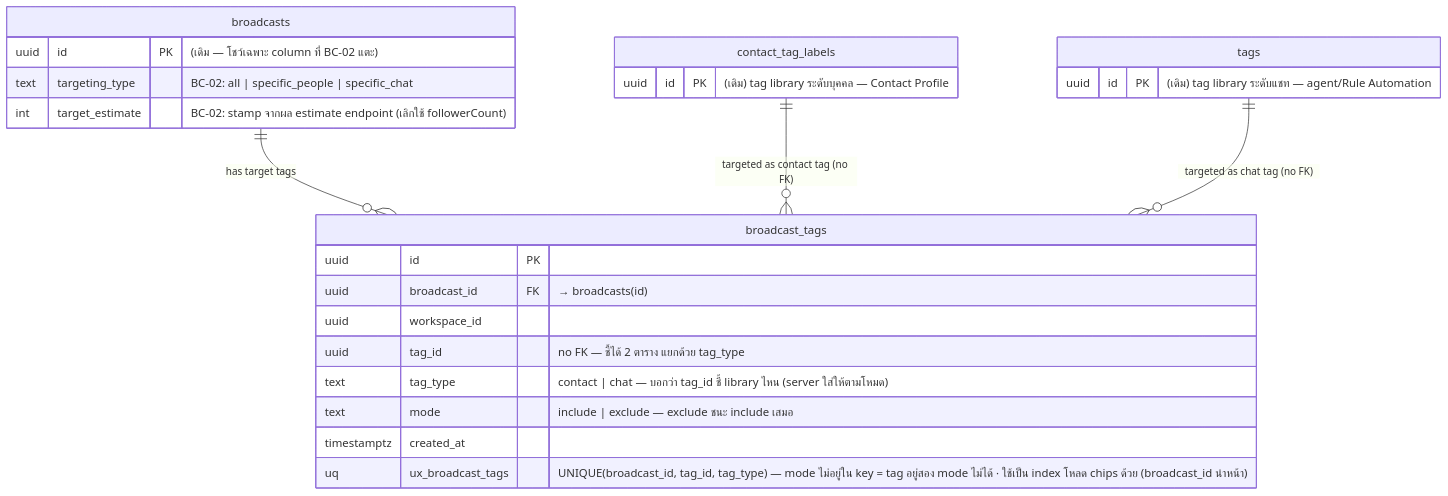
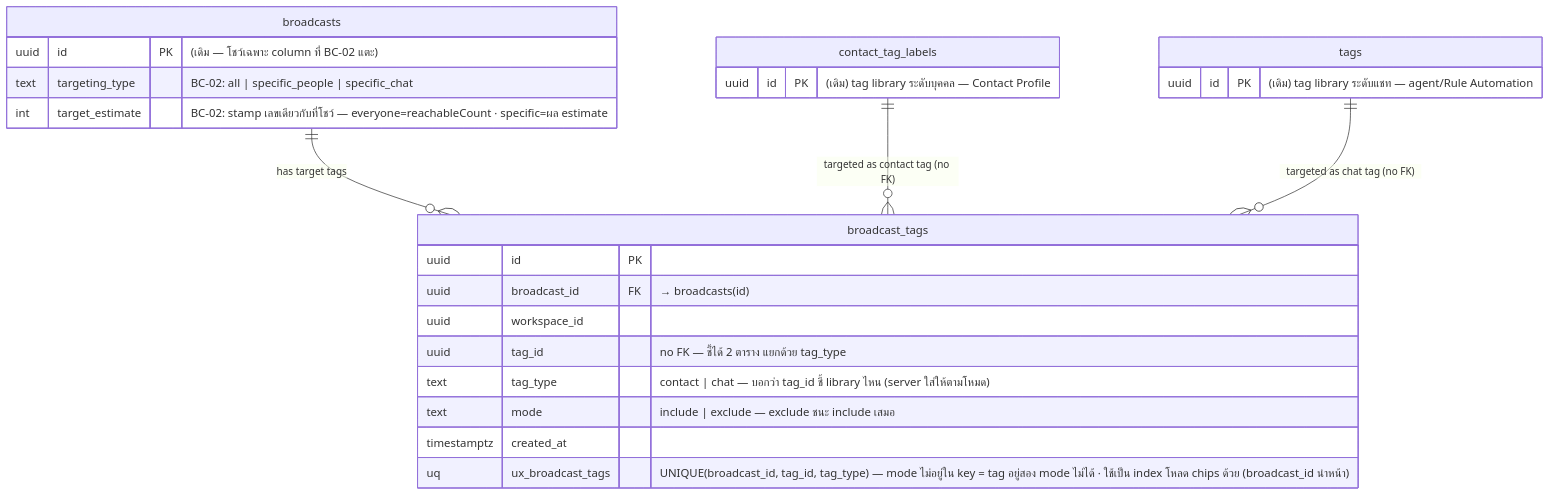
One commit to Peerapatfc/ACE-Planning changed the diagram in Omnichat/EPIC-ACE-2236/Diagrams/ACE-2236_ACE-2295_STORY-BC-02_ER_Diagram.md. Above: the diagram before and after it, drawn with Mermaid. The commit also changed other lines of this file and 7 other files, not shown here.

````diff
--- a/Omnichat/EPIC-ACE-2236/Diagrams/ACE-2236_ACE-2295_STORY-BC-02_ER_Diagram.md
+++ b/Omnichat/EPIC-ACE-2236/Diagrams/ACE-2236_ACE-2295_STORY-BC-02_ER_Diagram.md
@@ -11,33 +11,33 @@
 ```mermaid
 erDiagram
     %% เฉพาะของใหม่ BC-02 — ตาราง read path ของ estimate (conversations, contact_identities,
     %% contact_tags, conversation_tags, contacts) เป็นของเดิมทั้งหมด ดูเงื่อนไขใน Notes + SQL ใน Sequence Diagram
     broadcasts         ||--o{ broadcast_tags : "has target tags"
     contact_tag_labels ||--o{ broadcast_tags : "targeted as contact tag (no FK)"
     tags               ||--o{ broadcast_tags : "targeted as chat tag (no FK)"
 
     broadcast_tags {
         uuid        id PK
         uuid        broadcast_id FK "→ broadcasts(id)"
         uuid        workspace_id
         uuid        tag_id "no FK — ชี้ได้ 2 ตาราง แยกด้วย tag_type"
         text        tag_type "contact | chat — บอกว่า tag_id ชี้ library ไหน (server ใส่ให้ตามโหมด)"
         text        mode "include | exclude — exclude ชนะ include เสมอ"
         timestamptz created_at
         uq          ux_broadcast_tags "UNIQUE(broadcast_id, tag_id, tag_type) — mode ไม่อยู่ใน key = tag อยู่สอง mode ไม่ได้ · ใช้เป็น index โหลด chips ด้วย (broadcast_id นำหน้า)"
     }
 
     broadcasts {
         uuid id PK "(เดิม — โชว์เฉพาะ column ที่ BC-02 แตะ)"
         text targeting_type "BC-02: all | specific_people | specific_chat"
-        int  target_estimate "BC-02: stamp จากผล estimate endpoint (เลิกใช้ followerCount)"
+        int  target_estimate "BC-02: stamp เลขเดียวกับที่โชว์ — everyone=reachableCount · specific=ผล estimate"
     }
 
     contact_tag_labels {
         uuid id PK "(เดิม) tag library ระดับบุคคล — Contact Profile"
     }
 
     tags {
         uuid id PK "(เดิม) tag library ระดับแชท — agent/Rule Automation"
     }
 ```
````
